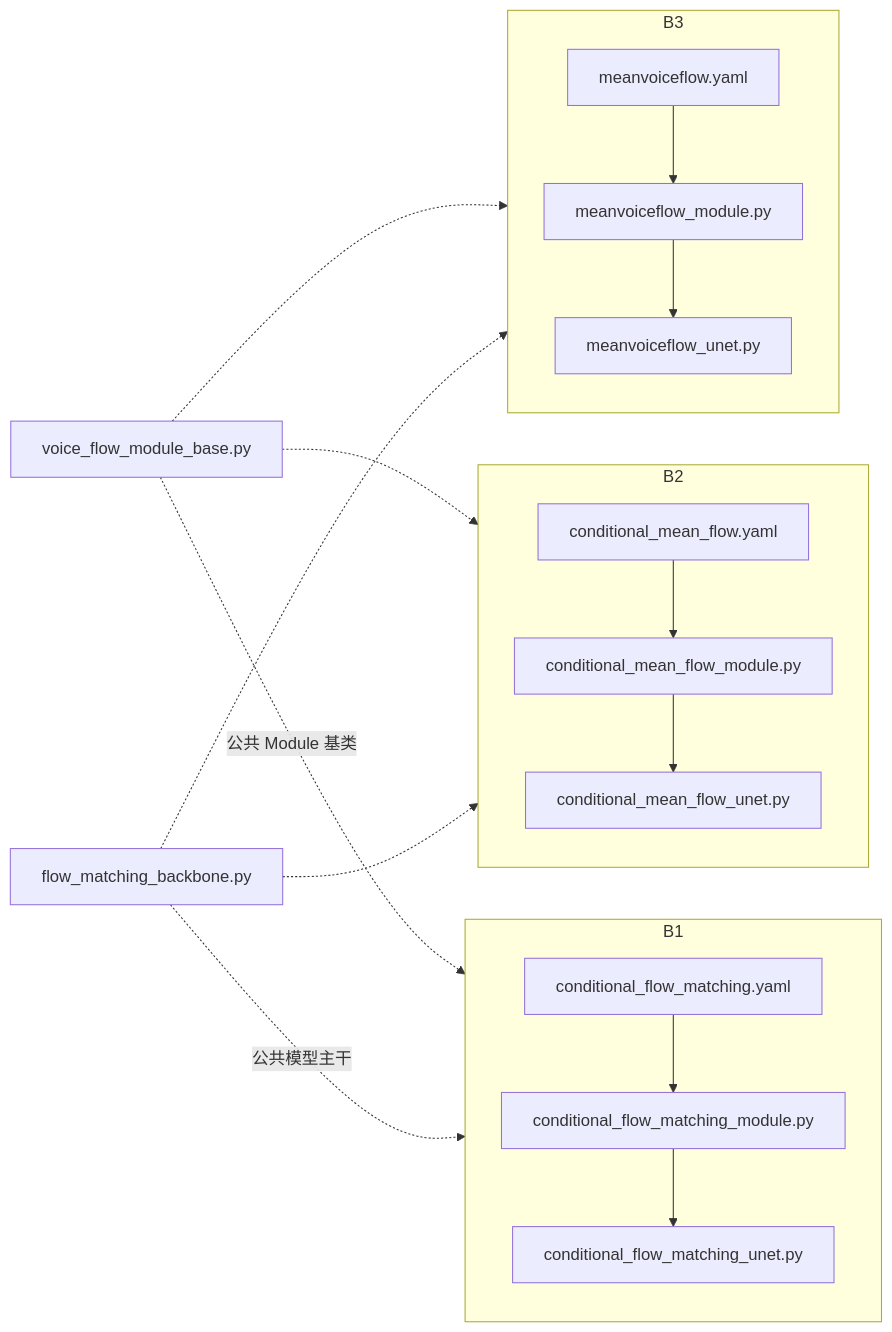
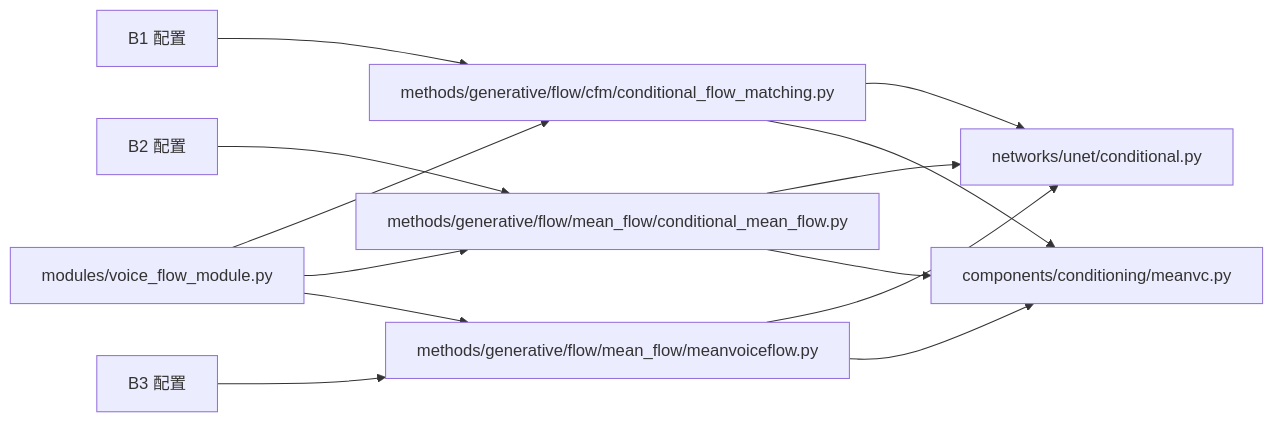
One commit to TomCatWithSuger/Paper1 changed the diagram in docs/论文实验总览.md. Above: the diagram before and after it, drawn with Mermaid. The commit also changed other lines of this file and 117 other files, not shown here.

````diff
--- a/docs/论文实验总览.md
+++ b/docs/论文实验总览.md
@@ -43,34 +43,15 @@
 ```mermaid
 flowchart LR
- subgraph B1["B1"]
-  direction TB
-  B1Config["conditional_flow_matching.yaml"]
-  B1Module["conditional_flow_matching_module.py"]
-  B1Net["conditional_flow_matching_unet.py"]
-  B1Config --> B1Module --> B1Net
- end
-
- subgraph B2["B2"]
-  direction TB
-  B2Config["conditional_mean_flow.yaml"]
-  B2Module["conditional_mean_flow_module.py"]
-  B2Net["conditional_mean_flow_unet.py"]
-  B2Config --> B2Module --> B2Net
- end
-
- subgraph B3["B3"]
-  direction TB
-  B3Config["meanvoiceflow.yaml"]
-  B3Module["meanvoiceflow_module.py"]
-  B3Net["meanvoiceflow_unet.py"]
-  B3Config --> B3Module --> B3Net
- end
-
- ModuleBase["voice_flow_module_base.py"] -.->|"公共 Module 基类"| B1Module
- ModuleBase -.-> B2Module
- ModuleBase -.-> B3Module
-
- Backbone["flow_matching_backbone.py"] -.->|"公共模型主干"| B1Net
- Backbone -.-> B2Net
- Backbone -.-> B3Net
+ B1Config["B1 配置"] --> B1Method["methods/generative/flow/cfm/conditional_flow_matching.py"]
+ B2Config["B2 配置"] --> B2Method["methods/generative/flow/mean_flow/conditional_mean_flow.py"]
+ B3Config["B3 配置"] --> B3Method["methods/generative/flow/mean_flow/meanvoiceflow.py"]
+ Module["modules/voice_flow_module.py"] --> B1Method
+ Module --> B2Method
+ Module --> B3Method
+ B1Method --> Net["networks/unet/conditional.py"]
+ B2Method --> Net
+ B3Method --> Net
+ B1Method --> Encoder["components/conditioning/meanvc.py"]
+ B2Method --> Encoder
+ B3Method --> Encoder
 ```
````
